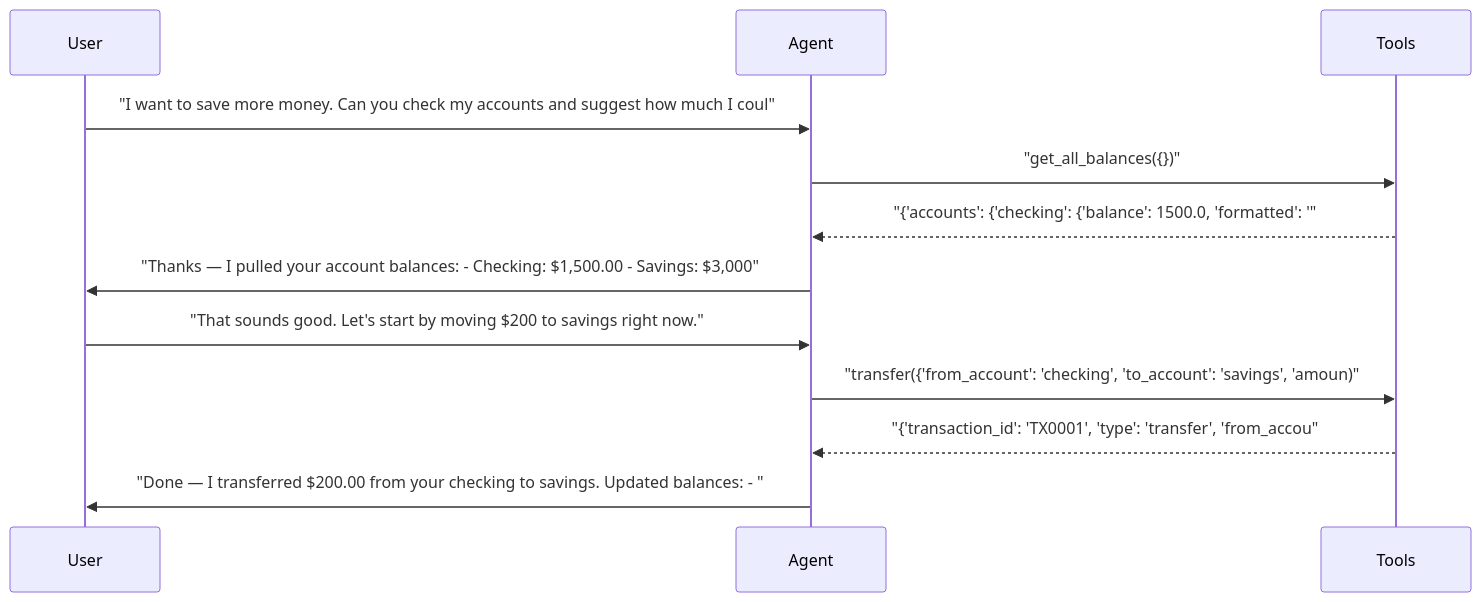
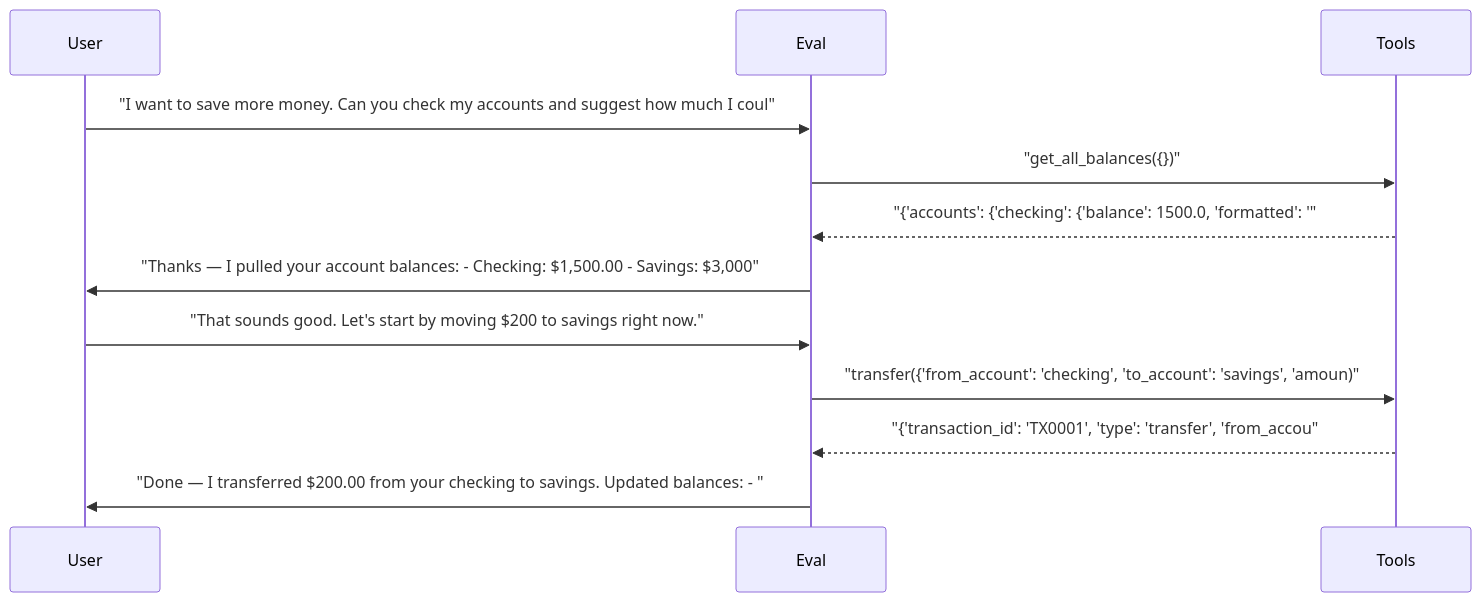
Before and after one commit to sbroenne/pytest-skill-engineering: diagram 13 of 24 in docs/demo/hero-report.md, drawn with Mermaid. The commit also changed other lines of this file and 155 other files, not shown here.

````diff
--- a/docs/demo/hero-report.md
+++ b/docs/demo/hero-report.md
@@ -719,15 +719,15 @@
 ```mermaid
 sequenceDiagram
     participant User
-    participant Agent
+    participant Eval
     participant Tools
 
-    User->>Agent: "I want to save more money. Can you check my accounts and suggest how much I coul"
-    Agent->>Tools: "get_all_balances({})"
-    Tools-->>Agent: "{'accounts': {'checking': {'balance': 1500.0, 'formatted': '"
-    Agent->>User: "Thanks — I pulled your account balances: - Checking: $1,500.00 - Savings: $3,000"
-    User->>Agent: "That sounds good. Let's start by moving $200 to savings right now."
-    Agent->>Tools: "transfer({'from_account': 'checking', 'to_account': 'savings', 'amoun)"
-    Tools-->>Agent: "{'transaction_id': 'TX0001', 'type': 'transfer', 'from_accou"
-    Agent->>User: "Done — I transferred $200.00 from your checking to savings. Updated balances: - "
+    User->>Eval: "I want to save more money. Can you check my accounts and suggest how much I coul"
+    Eval->>Tools: "get_all_balances({})"
+    Tools-->>Eval: "{'accounts': {'checking': {'balance': 1500.0, 'formatted': '"
+    Eval->>User: "Thanks — I pulled your account balances: - Checking: $1,500.00 - Savings: $3,000"
+    User->>Eval: "That sounds good. Let's start by moving $200 to savings right now."
+    Eval->>Tools: "transfer({'from_account': 'checking', 'to_account': 'savings', 'amoun)"
+    Tools-->>Eval: "{'transaction_id': 'TX0001', 'type': 'transfer', 'from_accou"
+    Eval->>User: "Done — I transferred $200.00 from your checking to savings. Updated balances: - "
 ```
````
